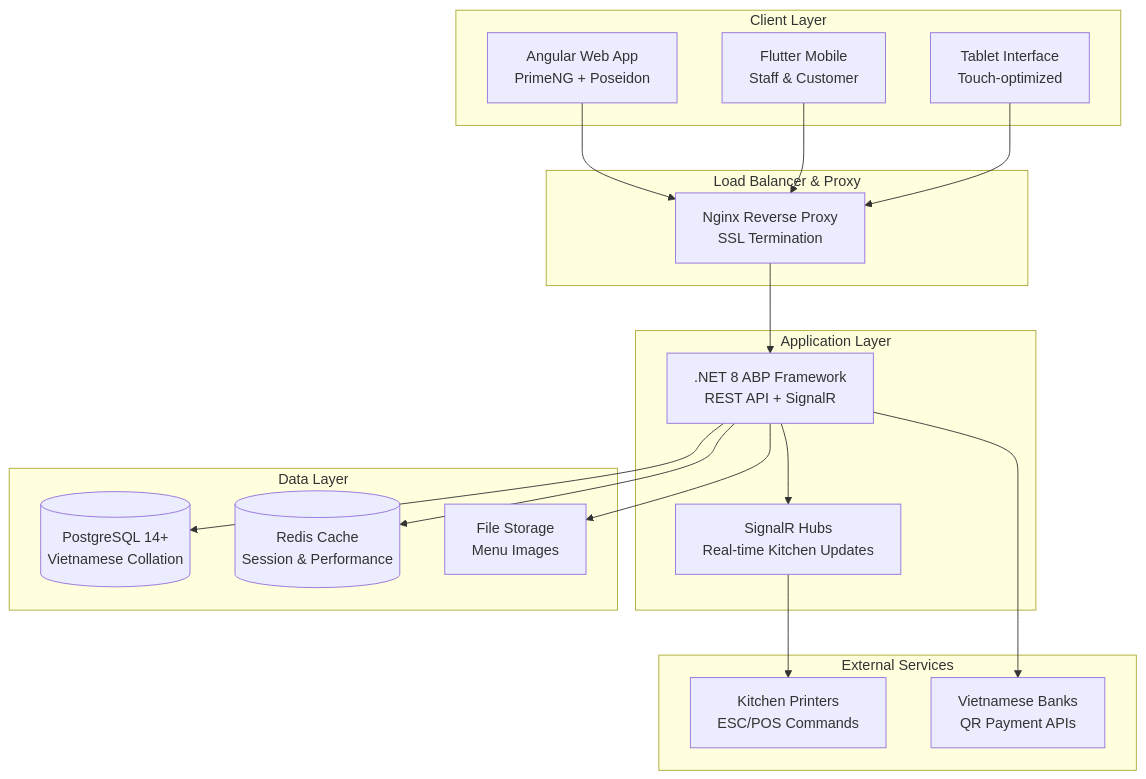
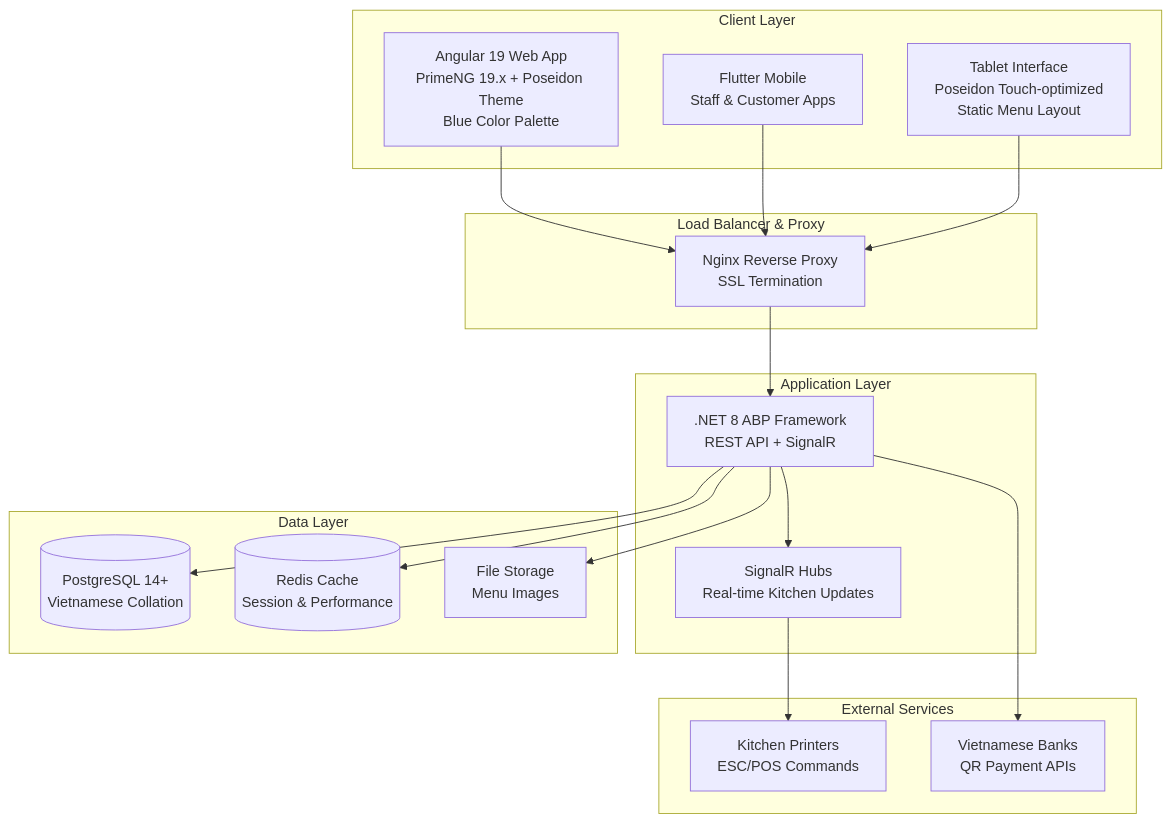
Before and after one commit to hungnv-business/smart-restaurant: the first of 7 diagrams in docs/architecture.md, drawn with Mermaid. The commit also changed other lines of this file and 381 other files, not shown here.

Commit message:
xong us 1.2.angular-poseidon-theme-integration

````diff
--- a/docs/architecture.md
+++ b/docs/architecture.md
@@ -102,39 +148,39 @@
 ```mermaid
 graph TB
     subgraph "Client Layer"
-        WEB[Angular Web App<br/>PrimeNG + Poseidon]
-        MOB[Flutter Mobile<br/>Staff & Customer]
-        TAB[Tablet Interface<br/>Touch-optimized]
+        WEB[Angular 19 Web App<br/>PrimeNG 19.x + Poseidon Theme<br/>Blue Color Palette]
+        MOB[Flutter Mobile<br/>Staff & Customer Apps]
+        TAB[Tablet Interface<br/>Poseidon Touch-optimized<br/>Static Menu Layout]
     end
     
     subgraph "Load Balancer & Proxy"
         NGINX[Nginx Reverse Proxy<br/>SSL Termination]
     end
     
     subgraph "Application Layer"
         API[.NET 8 ABP Framework<br/>REST API + SignalR]
         SIGNAL[SignalR Hubs<br/>Real-time Kitchen Updates]
     end
     
     subgraph "Data Layer"
         PG[(PostgreSQL 14+<br/>Vietnamese Collation)]
         REDIS[(Redis Cache<br/>Session & Performance)]
         FILES[File Storage<br/>Menu Images]
     end
     
     subgraph "External Services"
         PRINT[Kitchen Printers<br/>ESC/POS Commands]
         QR[Vietnamese Banks<br/>QR Payment APIs]
     end
     
     WEB --> NGINX
     MOB --> NGINX
     TAB --> NGINX
     NGINX --> API
     API --> SIGNAL
     API --> PG
     API --> REDIS
     API --> FILES
     SIGNAL --> PRINT
     API --> QR
 ```
````
